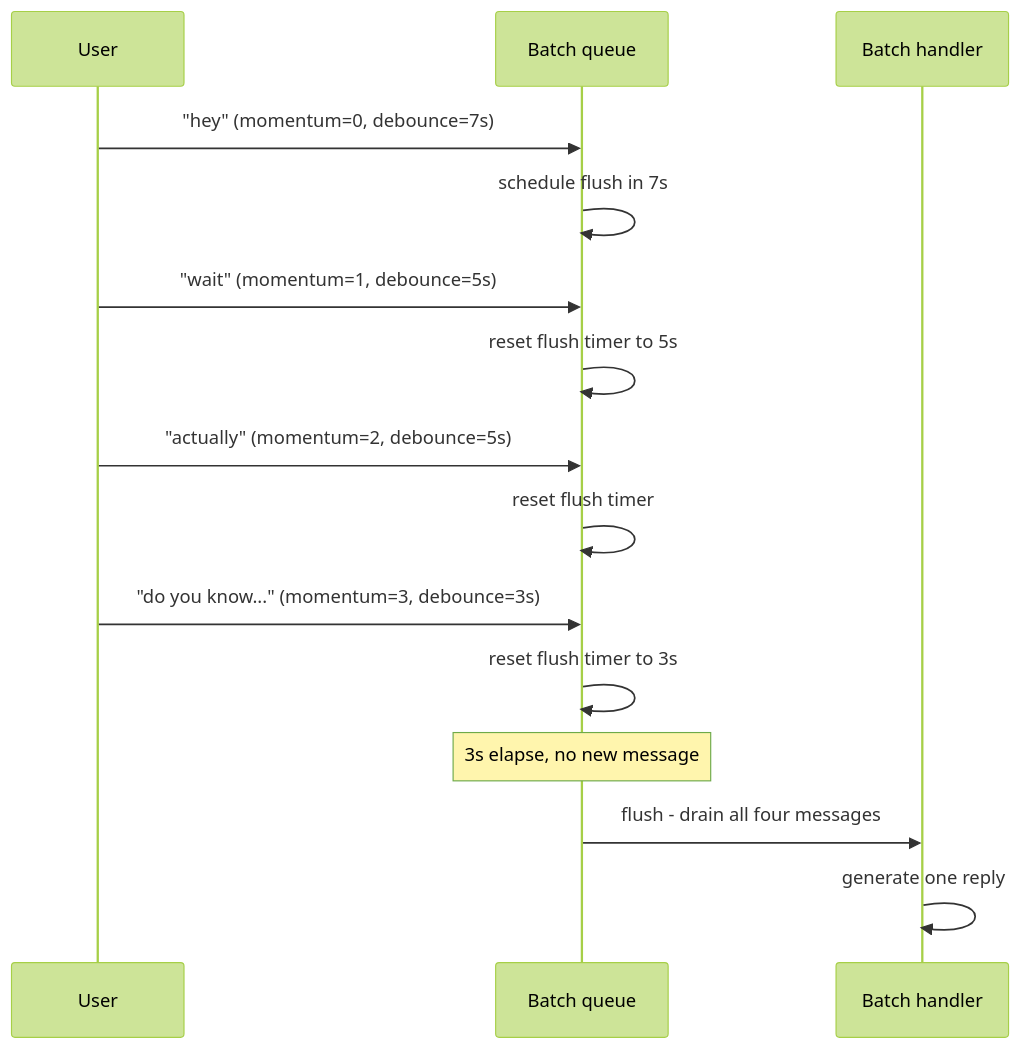
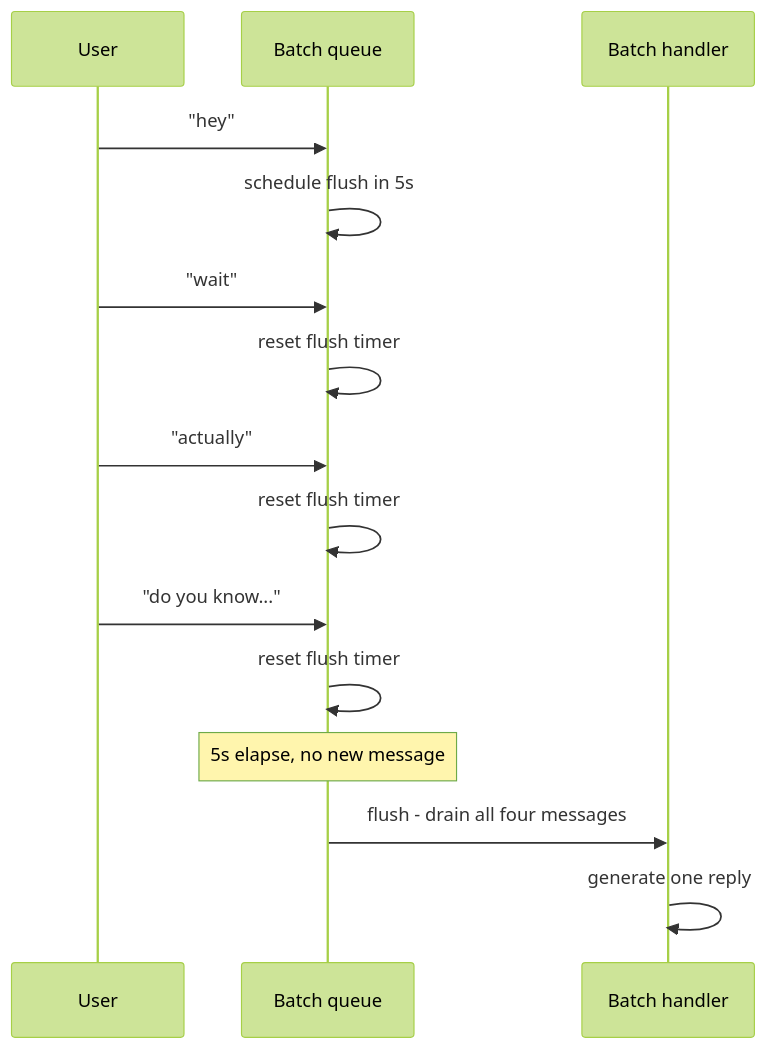
The first of 3 diagrams in best-practices/inbound-pipeline.mdx (photon-hq/docs), drawn with Mermaid (forest theme) before and after one commit. The commit also changed other lines of this file and 2 other files, not shown here.

Commit message:
simplify best practices

````diff
--- a/best-practices/inbound-pipeline.mdx
+++ b/best-practices/inbound-pipeline.mdx
@@ -29,18 +17,18 @@
 ```mermaid
 sequenceDiagram
   participant U as User
   participant Q as Batch queue
   participant H as Batch handler
 
-  U->>Q: "hey" (momentum=0, debounce=7s)
-  Q->>Q: schedule flush in 7s
-  U->>Q: "wait" (momentum=1, debounce=5s)
-  Q->>Q: reset flush timer to 5s
-  U->>Q: "actually" (momentum=2, debounce=5s)
+  U->>Q: "hey"
+  Q->>Q: schedule flush in 5s
+  U->>Q: "wait"
   Q->>Q: reset flush timer
-  U->>Q: "do you know..." (momentum=3, debounce=3s)
-  Q->>Q: reset flush timer to 3s
-  Note over Q: 3s elapse, no new message
+  U->>Q: "actually"
+  Q->>Q: reset flush timer
+  U->>Q: "do you know..."
+  Q->>Q: reset flush timer
+  Note over Q: 5s elapse, no new message
   Q->>H: flush - drain all four messages
   H->>H: generate one reply
 ```
````
